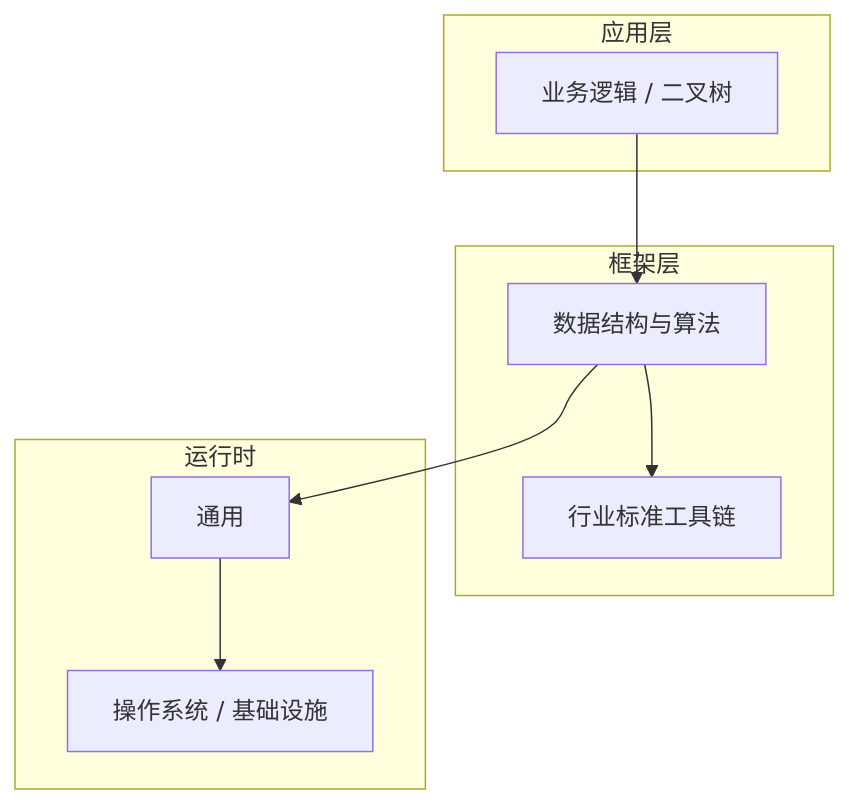
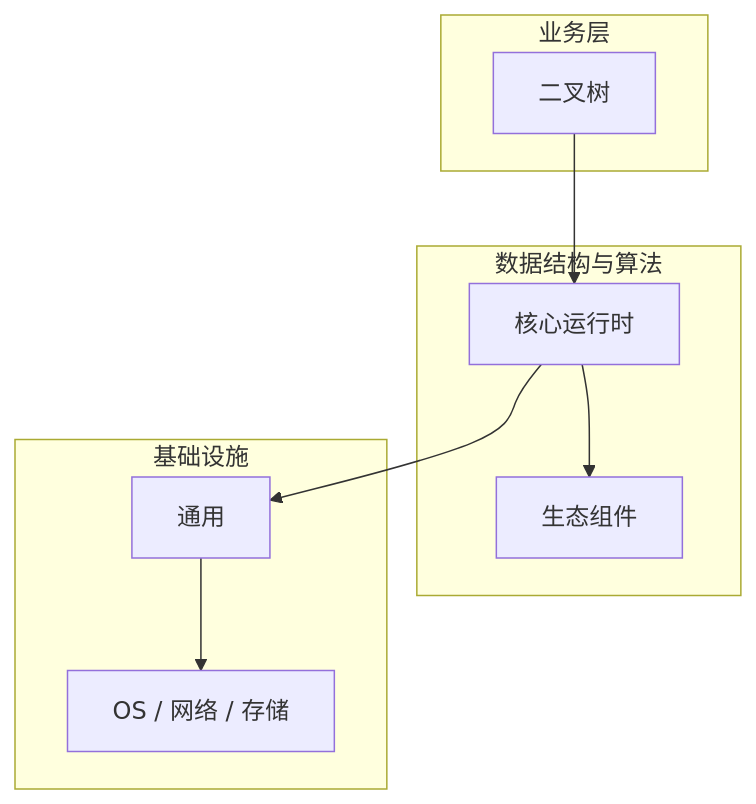
One commit to yanggan2015/knowledge-json-v2 changed the diagram in articles/数据结构与算法/chapters/073-二叉树核心概念与原理.md. Above: the diagram before and after it, drawn with Mermaid. The commit also changed other lines of this file and 10127 other files, not shown here.

````diff
--- a/articles/数据结构与算法/chapters/073-二叉树核心概念与原理.md
+++ b/articles/数据结构与算法/chapters/073-二叉树核心概念与原理.md
@@ -45,18 +30,18 @@
 ```mermaid
 graph TB
-    subgraph 应用层
-        A[业务逻辑 / 二叉树]
+    subgraph 业务层
+        A[二叉树]
     end
-    subgraph 框架层
-        B[数据结构与算法]
-        C[行业标准工具链]
+    subgraph 数据结构与算法
+        B[核心运行时]
+        C[生态组件]
     end
-    subgraph 运行时
+    subgraph 基础设施
         D[通用]
-        E[操作系统 / 基础设施]
+        E[OS / 网络 / 存储]
     end
     A --> B
     B --> C
     B --> D
     D --> E
 ```
````
